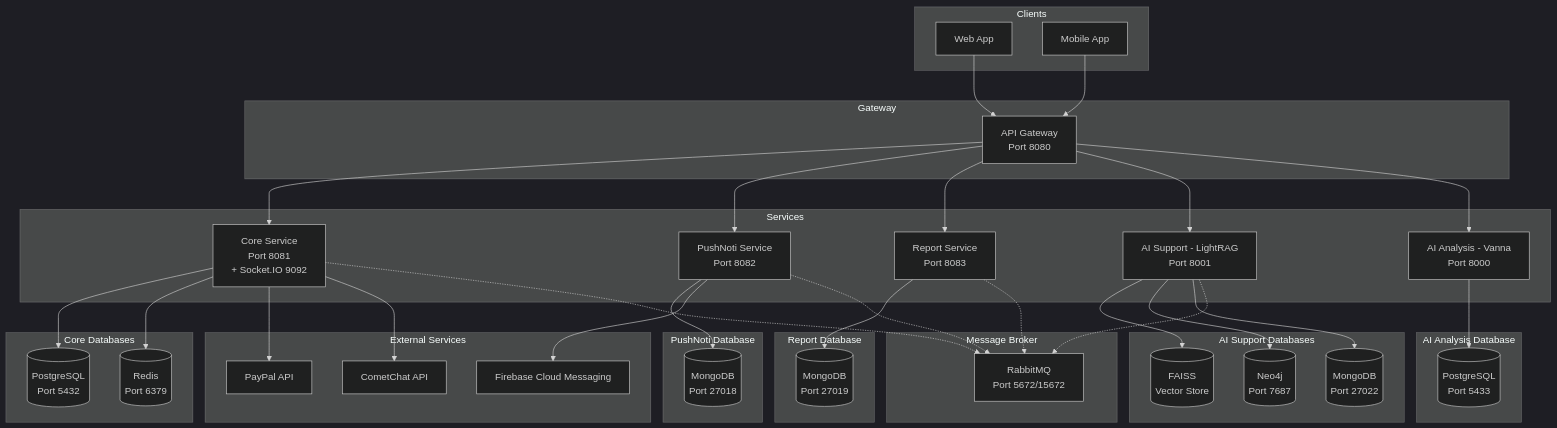
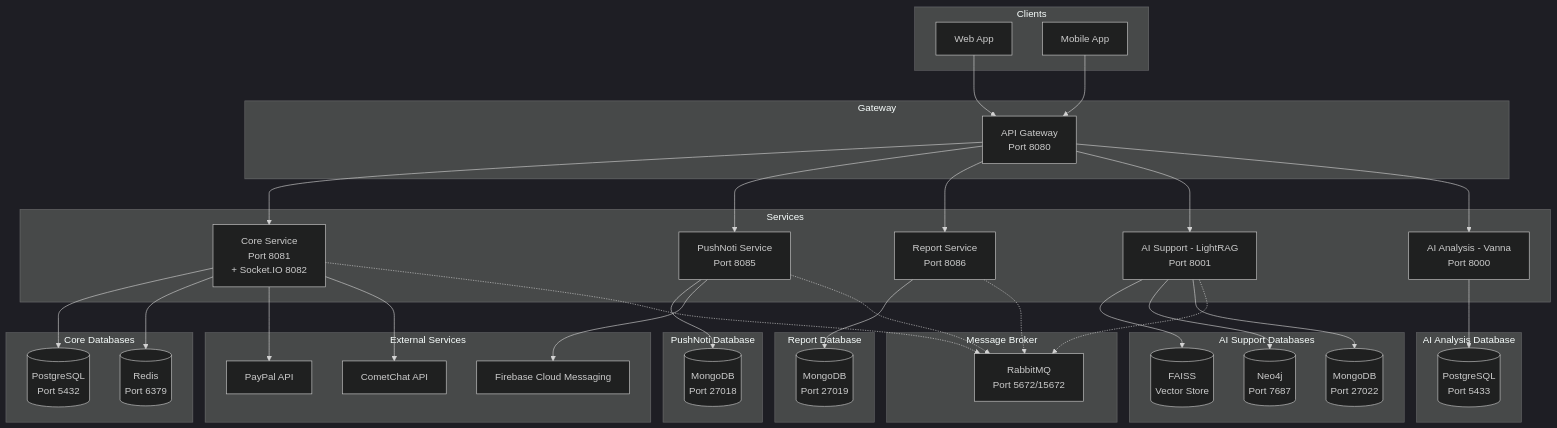
One commit to ISeeYou-Fortune-Telling-App/ISU-Backend-Production changed the diagram in README.md. Above: the diagram before and after it, drawn with Mermaid (dark theme). The commit also changed other lines of this file and 1 other file, not shown here.

```diff
--- a/README.md
+++ b/README.md
@@ -36,9 +36,9 @@
     end
 
     subgraph Services
-        CORE[Core Service<br/>Port 8081<br/>+ Socket.IO 9092]
-        PUSHNOTI[PushNoti Service<br/>Port 8082]
-        REPORT[Report Service<br/>Port 8083]
+        CORE[Core Service<br/>Port 8081<br/>+ Socket.IO 8082]
+        PUSHNOTI[PushNoti Service<br/>Port 8085]
+        REPORT[Report Service<br/>Port 8086]
         AI_SUPPORT[AI Support - LightRAG<br/>Port 8001]
         AI_ANALYSIS[AI Analysis - Vanna<br/>Port 8000]
     end
```
